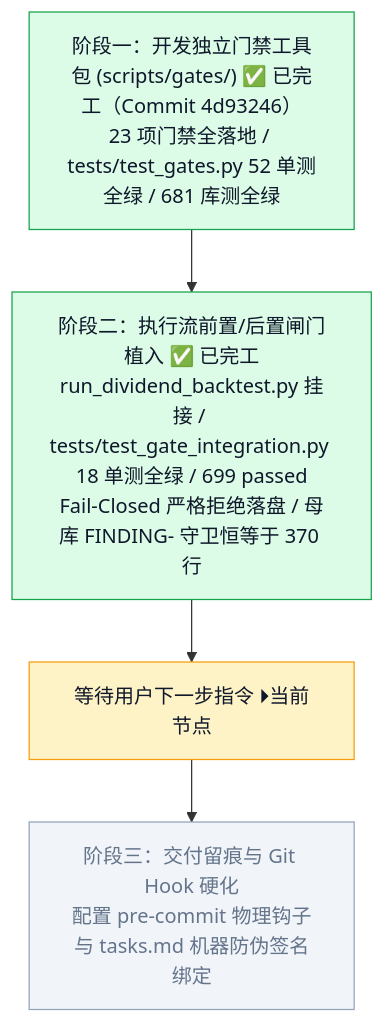
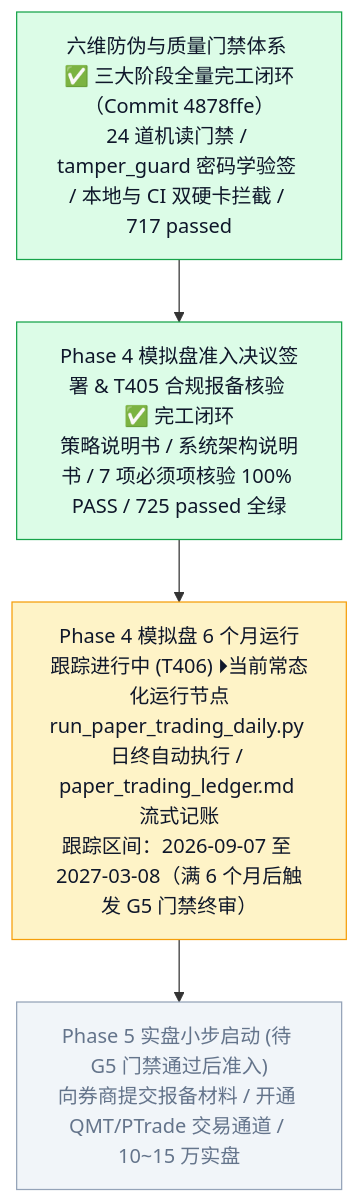
Before and after one commit to YZml1507/FinAI2.0: the sixth of 6 diagrams in docs/project_status_flowchart.md, drawn with Mermaid. The commit also changed other lines of this file and 18 other files, not shown here.

Commit message:
feat(phase4): 模拟盘准入启动、T405合规报备核验全绿与端到端日终执行器落地 (725 passed)

````diff
--- a/docs/project_status_flowchart.md
+++ b/docs/project_status_flowchart.md
@@ -134,11 +138,11 @@
 ```mermaid
 flowchart TD
-  STAGE1["阶段一：开发独立门禁工具包 (scripts/gates/) ✅ 已完工（Commit 4d93246）<br/>23 项门禁全落地 / tests/test_gates.py 52 单测全绿 / 681 库测全绿"]
-  STAGE1 --> STAGE2["阶段二：执行流前置/后置闸门植入 ✅ 已完工<br/>run_dividend_backtest.py 挂接 / tests/test_gate_integration.py 18 单测全绿 / 699 passed<br/>Fail-Closed 严格拒绝落盘 / 母库 FINDING- 守卫恒等于 370 行"]
-  STAGE2 --> NEXT["等待用户下一步指令 ⏵当前节点"]
-  NEXT --> STAGE3["阶段三：交付留痕与 Git Hook 硬化<br/>配置 pre-commit 物理钩子与 tasks.md 机器防伪签名绑定"]
-  style STAGE1 fill:#dcfce7,stroke:#16a34a,color:#0f172a
-  style STAGE2 fill:#dcfce7,stroke:#16a34a,color:#0f172a
-  style NEXT fill:#fef3c7,stroke:#f59e0b,color:#0f172a
-  style STAGE3 fill:#f1f5f9,stroke:#94a3b8,color:#64748b
+  GATE_DONE["六维防伪与质量门禁体系 ✅ 三大阶段全量完工闭环（Commit 4878ffe）<br/>24 道机读门禁 / tamper_guard 密码学验签 / 本地与 CI 双硬卡拦截 / 717 passed"]
+  GATE_DONE --> P4_ADMIT["Phase 4 模拟盘准入决议签署 & T405 合规报备核验 ✅ 完工闭环<br/>策略说明书 / 系统架构说明书 / 7 项必须项核验 100% PASS / 725 passed 全绿"]
+  P4_ADMIT --> P4_RUNNING["Phase 4 模拟盘 6 个月运行跟踪进行中 (T406) ⏵当前常态化运行节点<br/>run_paper_trading_daily.py 日终自动执行 / paper_trading_ledger.md 流式记账<br/>跟踪区间：2026-09-07 至 2027-03-08（满 6 个月后触发 G5 门禁终审）"]
+  P4_RUNNING --> PHASE5["Phase 5 实盘小步启动 (待 G5 门禁通过后准入)<br/>向券商提交报备材料 / 开通 QMT/PTrade 交易通道 / 10~15 万实盘"]
+  style GATE_DONE fill:#dcfce7,stroke:#16a34a,color:#0f172a
+  style P4_ADMIT fill:#dcfce7,stroke:#16a34a,color:#0f172a
+  style P4_RUNNING fill:#fef3c7,stroke:#f59e0b,color:#0f172a
+  style PHASE5 fill:#f1f5f9,stroke:#94a3b8,color:#64748b
 ```
````
